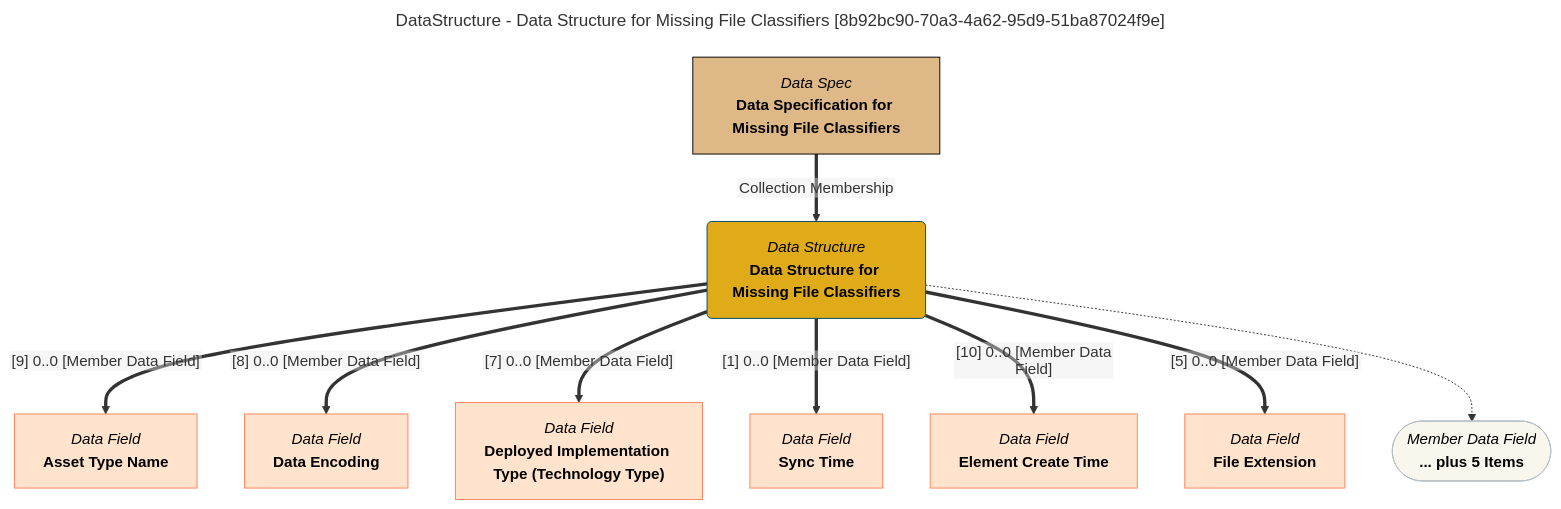
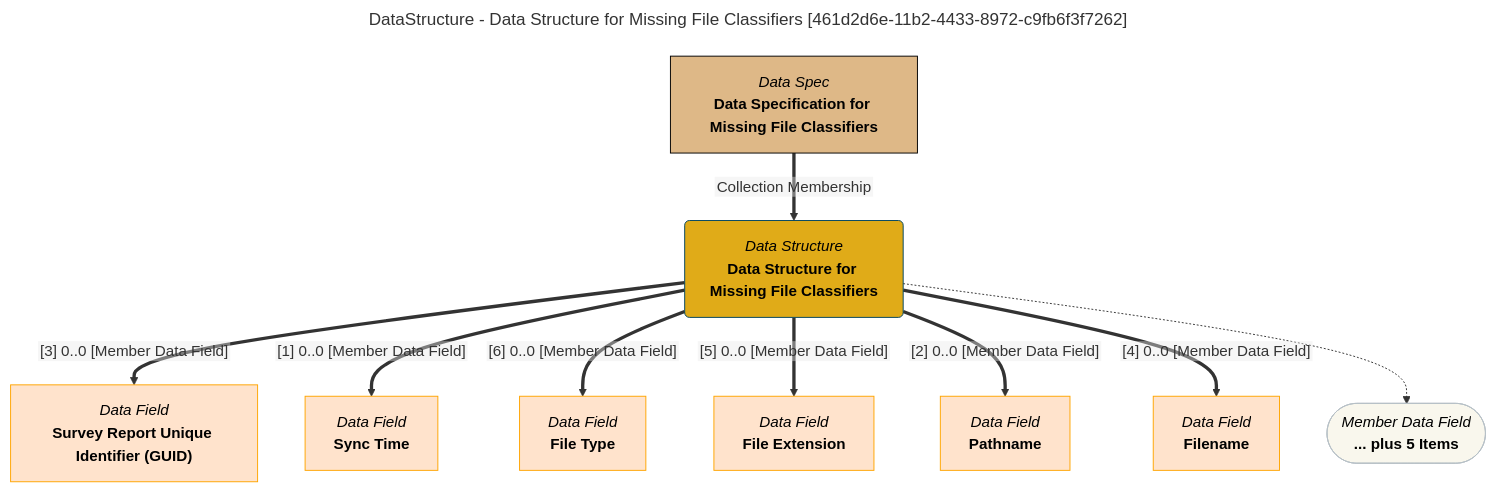
One commit to odpi/egeria-docs changed the diagram in site/snippets/data-structures/data-structure-for-missing-file-classifiers-mermaid-graph.md. Above: the diagram before and after it, drawn with Mermaid. The commit also changed 2201 other files, not shown here.

````diff
--- a/site/snippets/data-structures/data-structure-for-missing-file-classifiers-mermaid-graph.md
+++ b/site/snippets/data-structures/data-structure-for-missing-file-classifiers-mermaid-graph.md
@@ -1,43 +1,43 @@
 ```mermaid
 ---
-title: DataStructure - Data Structure for Missing File Classifiers [8b92bc90-70a3-4a62-95d9-51ba87024f9e]
+title: DataStructure - Data Structure for Missing File Classifiers [461d2d6e-11b2-4433-8972-c9fb6f3f7262]
 ---
 flowchart TD
 %%{init: {"flowchart": {"htmlLabels": false}} }%%
 
 1@{ shape: rounded, label: "*Data Structure*
 **Data Structure for Missing File Classifiers**"}
 2@{ shape: rect, label: "*Data Spec*
 **Data Specification for Missing File Classifiers**"}
 2==>|"Collection Membership"|1
 3@{ shape: rect, label: "*Data Field*
-**Asset Type Name**"}
-1==>|"[9] 0..0 [Member Data Field]"|3
+**Survey Report Unique Identifier (GUID)**"}
+1==>|"[3] 0..0 [Member Data Field]"|3
 4@{ shape: rect, label: "*Data Field*
-**Data Encoding**"}
-1==>|"[8] 0..0 [Member Data Field]"|4
+**Sync Time**"}
+1==>|"[1] 0..0 [Member Data Field]"|4
 5@{ shape: rect, label: "*Data Field*
-**Deployed Implementation Type (Technology Type)**"}
-1==>|"[7] 0..0 [Member Data Field]"|5
+**File Type**"}
+1==>|"[6] 0..0 [Member Data Field]"|5
 6@{ shape: rect, label: "*Data Field*
-**Sync Time**"}
-1==>|"[1] 0..0 [Member Data Field]"|6
+**File Extension**"}
+1==>|"[5] 0..0 [Member Data Field]"|6
 7@{ shape: rect, label: "*Data Field*
-**Element Create Time**"}
-1==>|"[10] 0..0 [Member Data Field]"|7
+**Pathname**"}
+1==>|"[2] 0..0 [Member Data Field]"|7
 8@{ shape: rect, label: "*Data Field*
-**File Extension**"}
-1==>|"[5] 0..0 [Member Data Field]"|8
+**Filename**"}
+1==>|"[4] 0..0 [Member Data Field]"|8
 9@{ shape: stadium, label: "*Member Data Field*
 **... plus 5 Items**"}
 1-.->9
 style 1 color:#000000, fill:#e0ab18, stroke:#004563
-style 2 color:#000000, fill:#deb887, stroke:#000000
-style 3 color:#000000, fill:#ffe3cc, stroke:#f9845b
-style 4 color:#000000, fill:#ffe3cc, stroke:#f9845b
-style 5 color:#000000, fill:#ffe3cc, stroke:#f9845b
-style 6 color:#000000, fill:#ffe3cc, stroke:#f9845b
-style 7 color:#000000, fill:#ffe3cc, stroke:#f9845b
-style 8 color:#000000, fill:#ffe3cc, stroke:#f9845b
+style 2 color:#000000, fill:#DEB887, stroke:#000000
+style 3 color:#000000, fill:#ffe3cc, stroke:#FFA500
+style 4 color:#000000, fill:#ffe3cc, stroke:#FFA500
+style 5 color:#000000, fill:#ffe3cc, stroke:#FFA500
+style 6 color:#000000, fill:#ffe3cc, stroke:#FFA500
+style 7 color:#000000, fill:#ffe3cc, stroke:#FFA500
+style 8 color:#000000, fill:#ffe3cc, stroke:#FFA500
 style 9 color:#000000, fill:#F9F7ED, stroke:#b7c0c7
 ```
````
